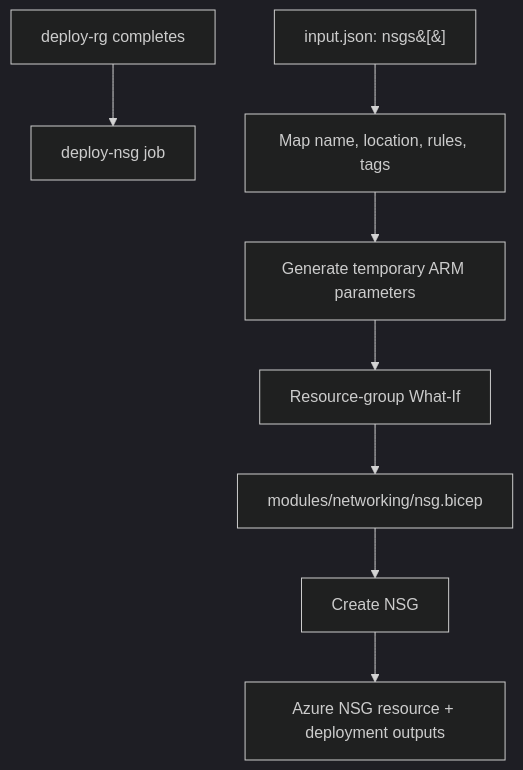
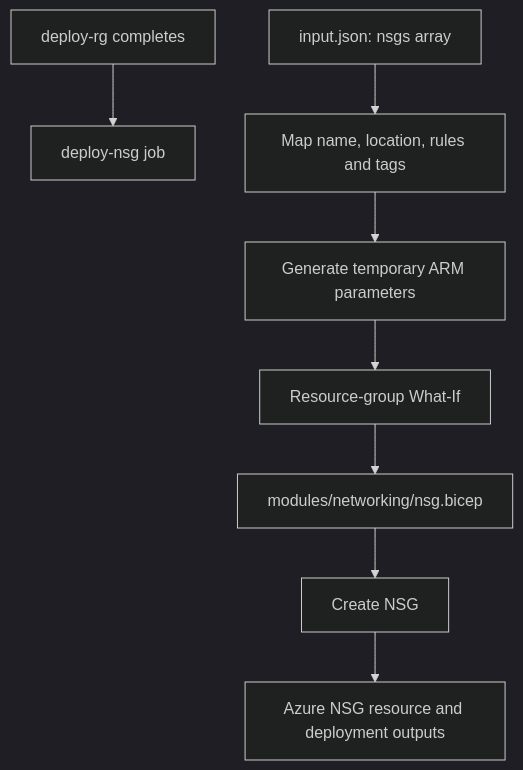
One commit to PROMETHEUS-N/BIFROST_NEW changed the diagram in modules/networking/nsg.md. Above: the diagram before and after it, drawn with Mermaid (dark theme).

Commit message:
docs: make Mermaid node labels GitHub-parser safe

````diff
--- a/modules/networking/nsg.md
+++ b/modules/networking/nsg.md
@@ -37,10 +37,10 @@
 ```mermaid
 flowchart TD
-  A[deploy-rg completes] --> B[deploy-nsg job]
-  C[input.json: nsgs&#91;&#93;] --> D[Map name, location, rules, tags]
-  D --> E[Generate temporary ARM parameters]
-  E --> F[Resource-group What-If]
-  F --> G[modules/networking/nsg.bicep]
-  G --> H[Create NSG]
-  H --> I[Azure NSG resource + deployment outputs]
+ A["deploy-rg completes"] --> B["deploy-nsg job"]
+ C["input.json: nsgs array"] --> D["Map name, location, rules and tags"]
+ D --> E["Generate temporary ARM parameters"]
+ E --> F["Resource-group What-If"]
+ F --> G["modules/networking/nsg.bicep"]
+ G --> H["Create NSG"]
+ H --> I["Azure NSG resource and deployment outputs"]
 ```
````
